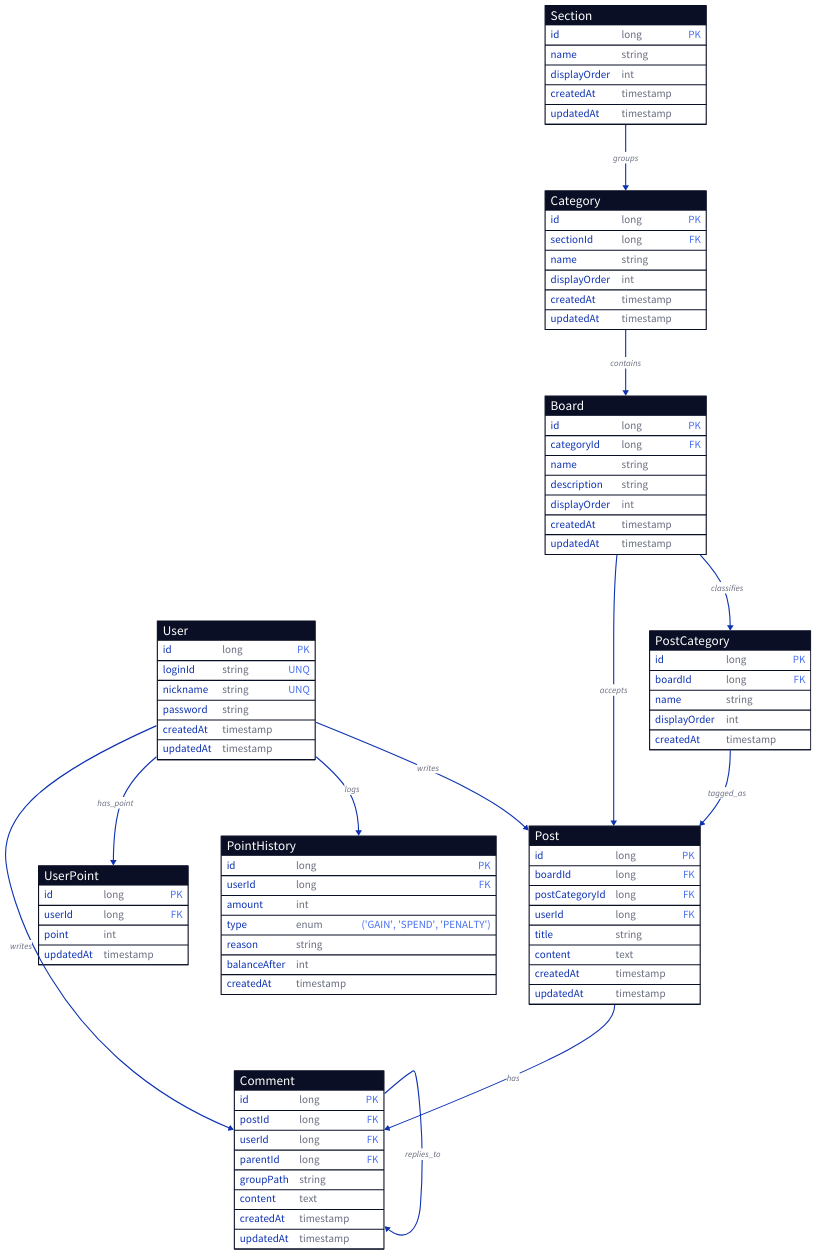
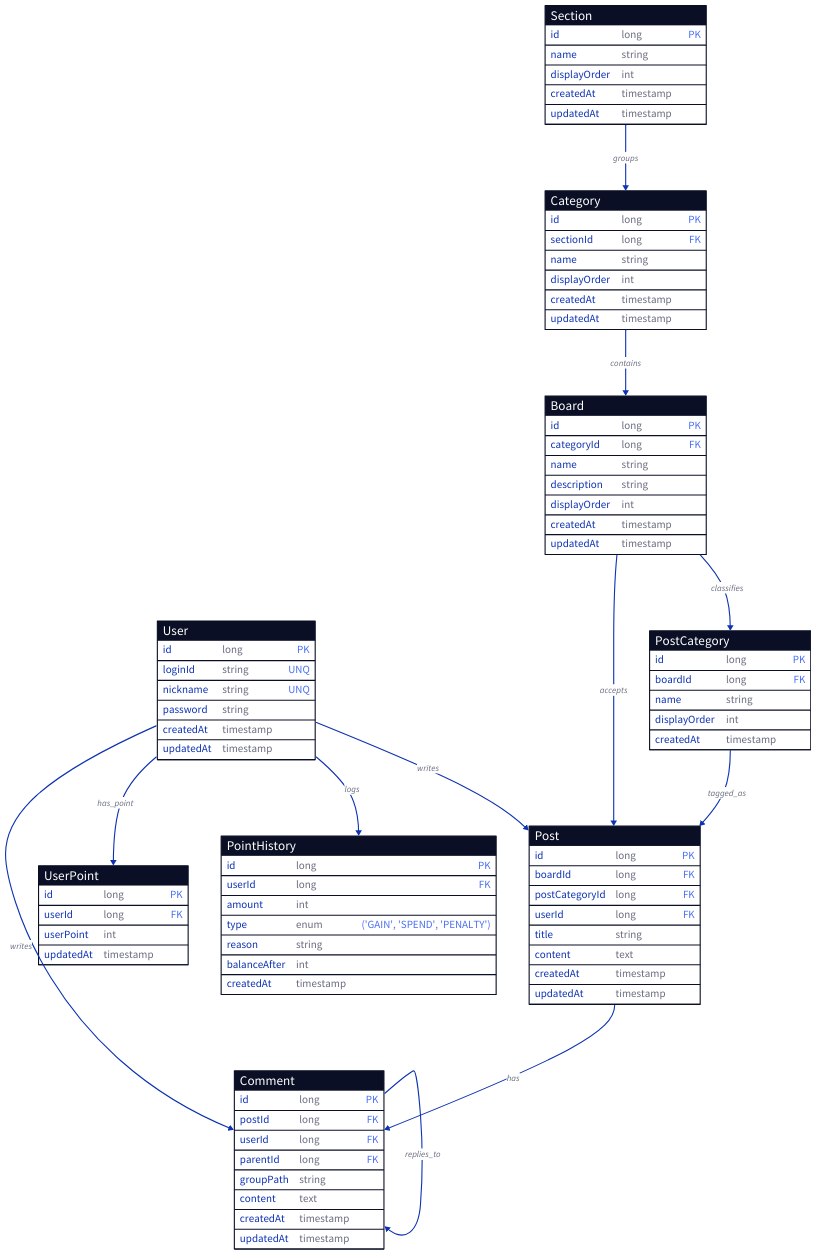
The diagram in docs/erd.d2 (sabsiru/consome-back), drawn with D2 before and after one commit. The commit also changed 1 other file, not shown here.

```diff
--- a/docs/erd.d2
+++ b/docs/erd.d2
@@ -1,103 +1,103 @@
 Section: {
   shape: sql_table
   id: long {constraint: primary_key}
   name: string
   displayOrder: int
   createdAt: timestamp
   updatedAt: timestamp
 }
 
 Category: {
   shape: sql_table
   id: long {constraint: primary_key}
   sectionId: long {constraint: foreign_key}
   name: string
   displayOrder: int
   createdAt: timestamp
   updatedAt: timestamp
 }
 
 Board: {
   shape: sql_table
   id: long {constraint: primary_key}
   categoryId: long {constraint: foreign_key}
   name: string
   description: string
   displayOrder: int
   createdAt: timestamp
   updatedAt: timestamp
 }
 
 PostCategory: {
   shape: sql_table
   id: long {constraint: primary_key}
   boardId: long {constraint: foreign_key}
   name: string
   displayOrder: int
   createdAt: timestamp
 }
 
 Post: {
   shape: sql_table
   id: long {constraint: primary_key}
   boardId: long {constraint: foreign_key}
   postCategoryId: long {constraint: foreign_key}
   userId: long {constraint: foreign_key}
   title: string
   content: text
   createdAt: timestamp
   updatedAt: timestamp
 }
 
 Comment: {
   shape: sql_table
   id: long {constraint: primary_key}
   postId: long {constraint: foreign_key}
   userId: long {constraint: foreign_key}
   parentId: long {constraint: foreign_key}
   groupPath: string
   content: text
   createdAt: timestamp
   updatedAt: timestamp
 }
 
 User: {
   shape: sql_table
   id: long {constraint: primary_key}
   loginId: string {constraint: unique}
   nickname: string {constraint: unique}
   password: string
   createdAt: timestamp
   updatedAt: timestamp
 }
 
 UserPoint: {
   shape: sql_table
   id: long {constraint: primary_key}
   userId: long {constraint: foreign_key}
-  point: int
+  userPoint: int
   updatedAt: timestamp
 }
 
 PointHistory: {
   shape: sql_table
   id: long {constraint: primary_key}
   userId: long {constraint: foreign_key}
   amount: int
   type: enum {constraint: ('GAIN', 'SPEND', 'PENALTY')}
   reason: string
   balanceAfter: int
   createdAt: timestamp
 }
 
 User -> UserPoint: has_point
 User -> PointHistory: logs
 User -> Post: writes
 User -> Comment: writes
 Section -> Category: groups
 Category -> Board: contains
 Board -> PostCategory: classifies
 Board -> Post: accepts
 PostCategory -> Post: tagged_as
 Post -> Comment: has
 Comment -> Comment: replies_to
```
